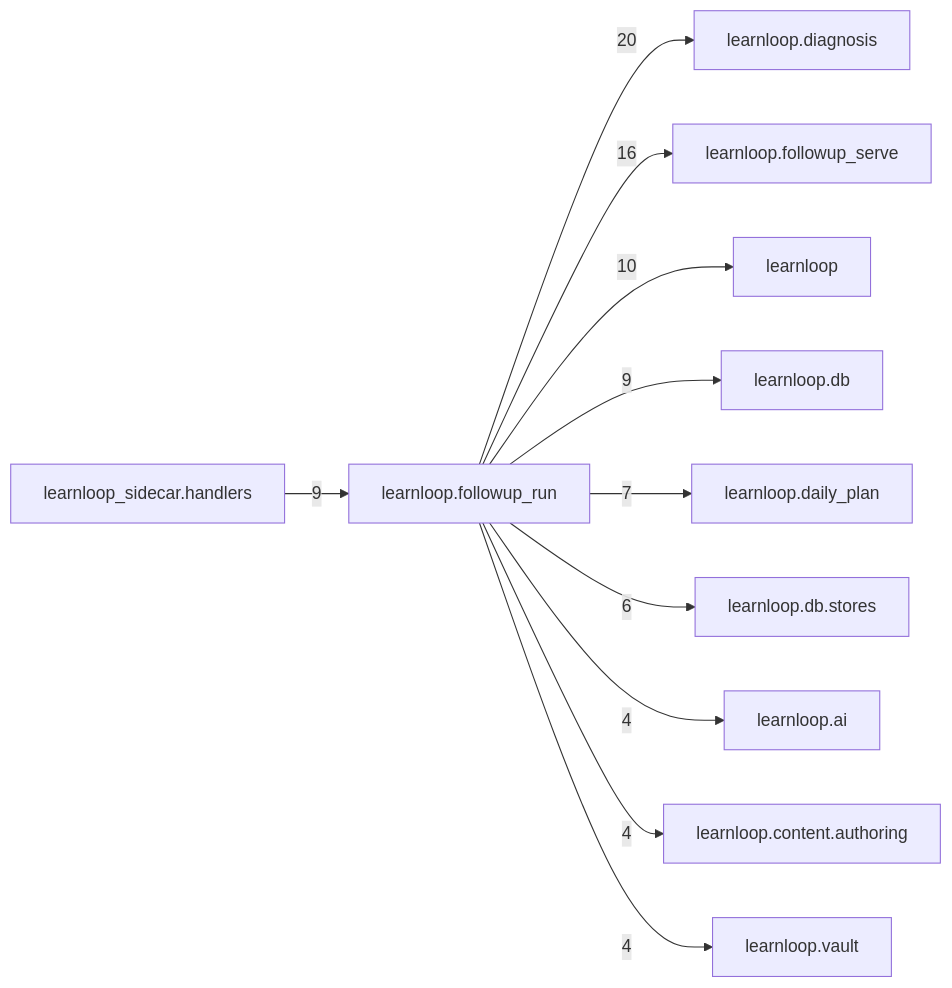
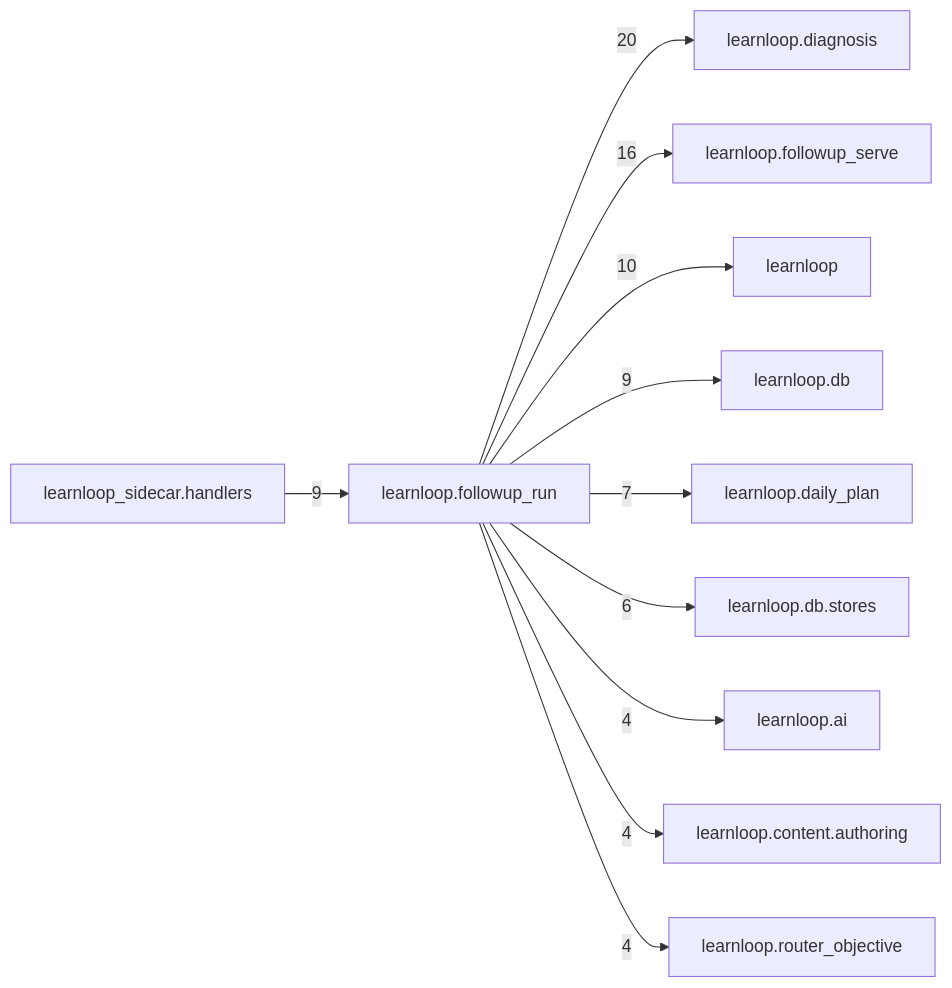
One commit to 6up-b/learnanything changed the diagram in docs/learnloop-architecture-vault/Reference/Modules/learnloop/followup_run/_package.md. Above: the diagram before and after it, drawn with Mermaid. The commit also changed other lines of this file and 44 other files, not shown here.

````diff
--- a/docs/learnloop-architecture-vault/Reference/Modules/learnloop/followup_run/_package.md
+++ b/docs/learnloop-architecture-vault/Reference/Modules/learnloop/followup_run/_package.md
@@ -97,24 +97,24 @@
 ```mermaid
 flowchart LR
     center["learnloop.followup_run"]
     n_learnloop_diagnosis["learnloop.diagnosis"]
     n_learnloop_followup_serve["learnloop.followup_serve"]
     n_learnloop["learnloop"]
     n_learnloop_db["learnloop.db"]
     n_learnloop_sidecar_handlers["learnloop_sidecar.handlers"]
     n_learnloop_daily_plan["learnloop.daily_plan"]
     n_learnloop_db_stores["learnloop.db.stores"]
     n_learnloop_ai["learnloop.ai"]
     n_learnloop_content_authoring["learnloop.content.authoring"]
-    n_learnloop_vault["learnloop.vault"]
+    n_learnloop_router_objective["learnloop.router_objective"]
     center -->|20| n_learnloop_diagnosis
     center -->|16| n_learnloop_followup_serve
     center -->|10| n_learnloop
     center -->|9| n_learnloop_db
     n_learnloop_sidecar_handlers -->|9| center
     center -->|7| n_learnloop_daily_plan
     center -->|6| n_learnloop_db_stores
     center -->|4| n_learnloop_ai
     center -->|4| n_learnloop_content_authoring
-    center -->|4| n_learnloop_vault
+    center -->|4| n_learnloop_router_objective
 ```
````
